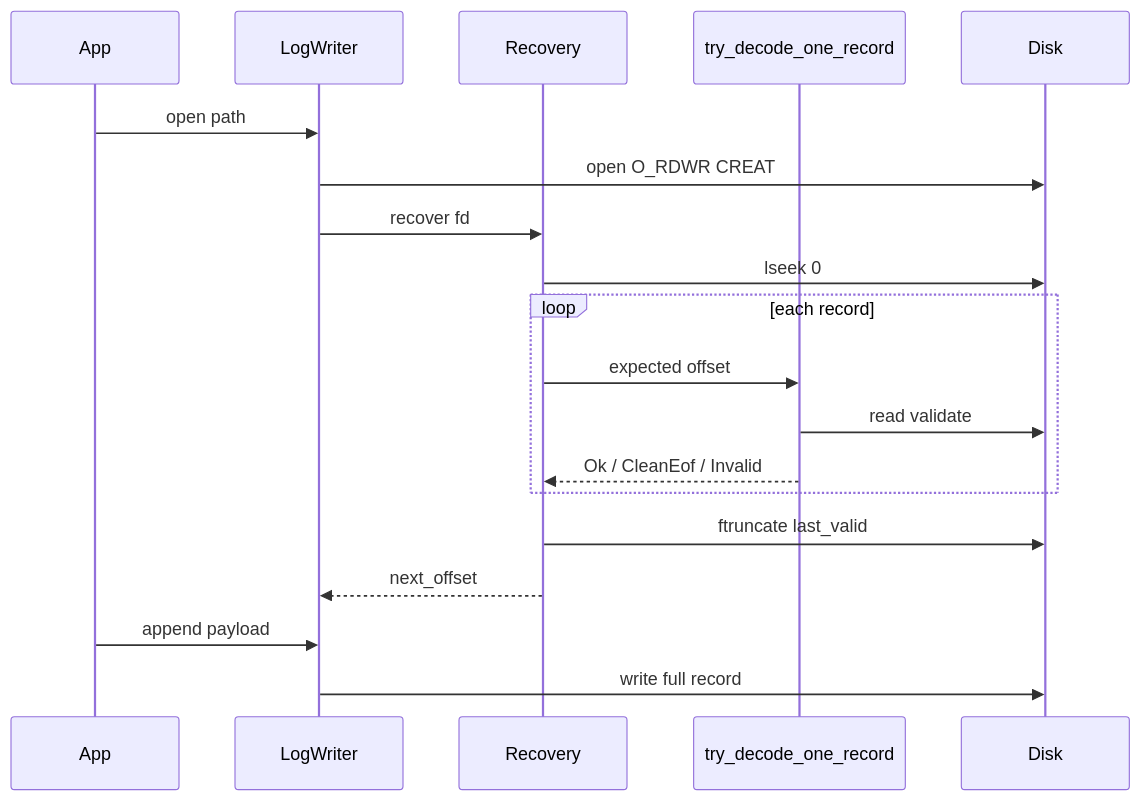
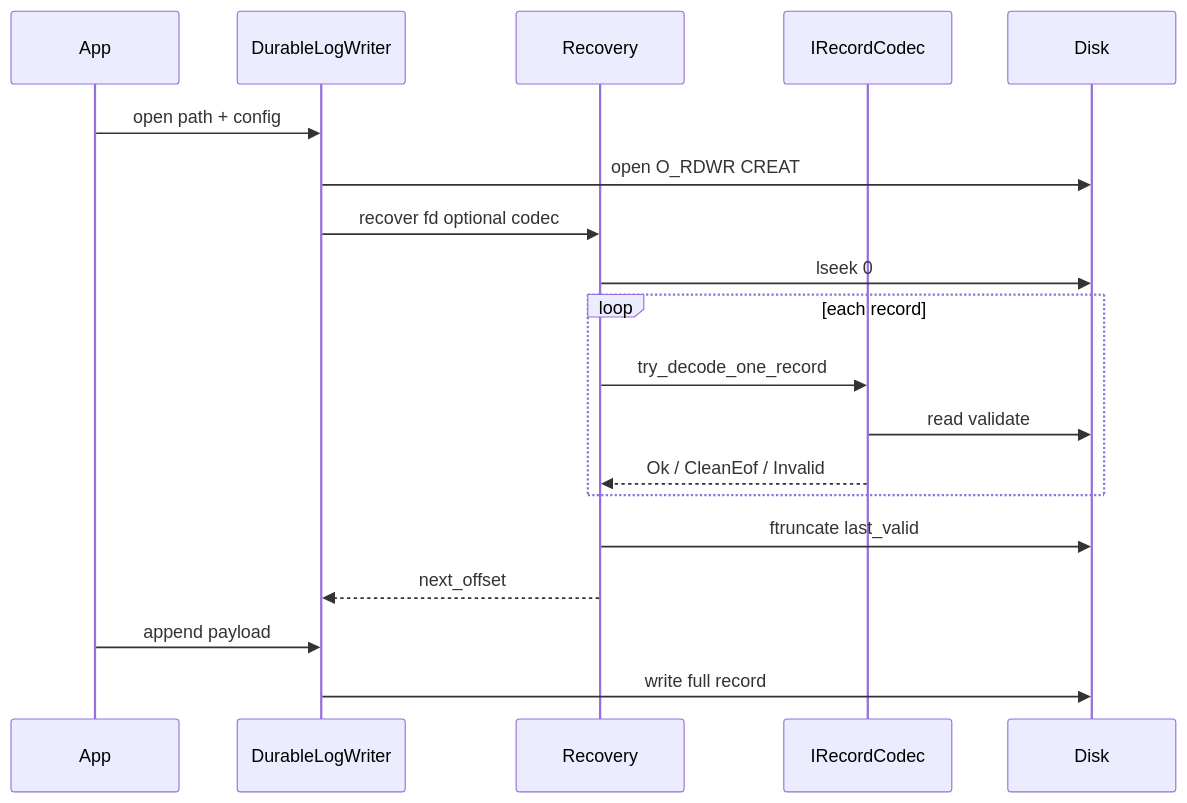
The fourth of 4 diagrams in docs/architecture.md (arijit780/log_aggregator), drawn with Mermaid before and after one commit. The commit also changed other lines of this file and 37 other files, not shown here.

````diff
--- a/docs/architecture.md
+++ b/docs/architecture.md
@@ -89,22 +103,22 @@
 ```mermaid
 sequenceDiagram
   participant App
-  participant LogWriter
+  participant DurableLogWriter
   participant Recovery
-  participant Decode as try_decode_one_record
+  participant Codec as IRecordCodec
   participant Disk
 
-  App->>LogWriter: open path
-  LogWriter->>Disk: open O_RDWR CREAT
-  LogWriter->>Recovery: recover fd
+  App->>DurableLogWriter: open path + config
+  DurableLogWriter->>Disk: open O_RDWR CREAT
+  DurableLogWriter->>Recovery: recover fd optional codec
   Recovery->>Disk: lseek 0
   loop each record
-    Recovery->>Decode: expected offset
-    Decode->>Disk: read validate
-    Decode-->>Recovery: Ok / CleanEof / Invalid
+    Recovery->>Codec: try_decode_one_record
+    Codec->>Disk: read validate
+    Codec-->>Recovery: Ok / CleanEof / Invalid
   end
   Recovery->>Disk: ftruncate last_valid
-  Recovery-->>LogWriter: next_offset
-  App->>LogWriter: append payload
-  LogWriter->>Disk: write full record
+  Recovery-->>DurableLogWriter: next_offset
+  App->>DurableLogWriter: append payload
+  DurableLogWriter->>Disk: write full record
 ```
````
